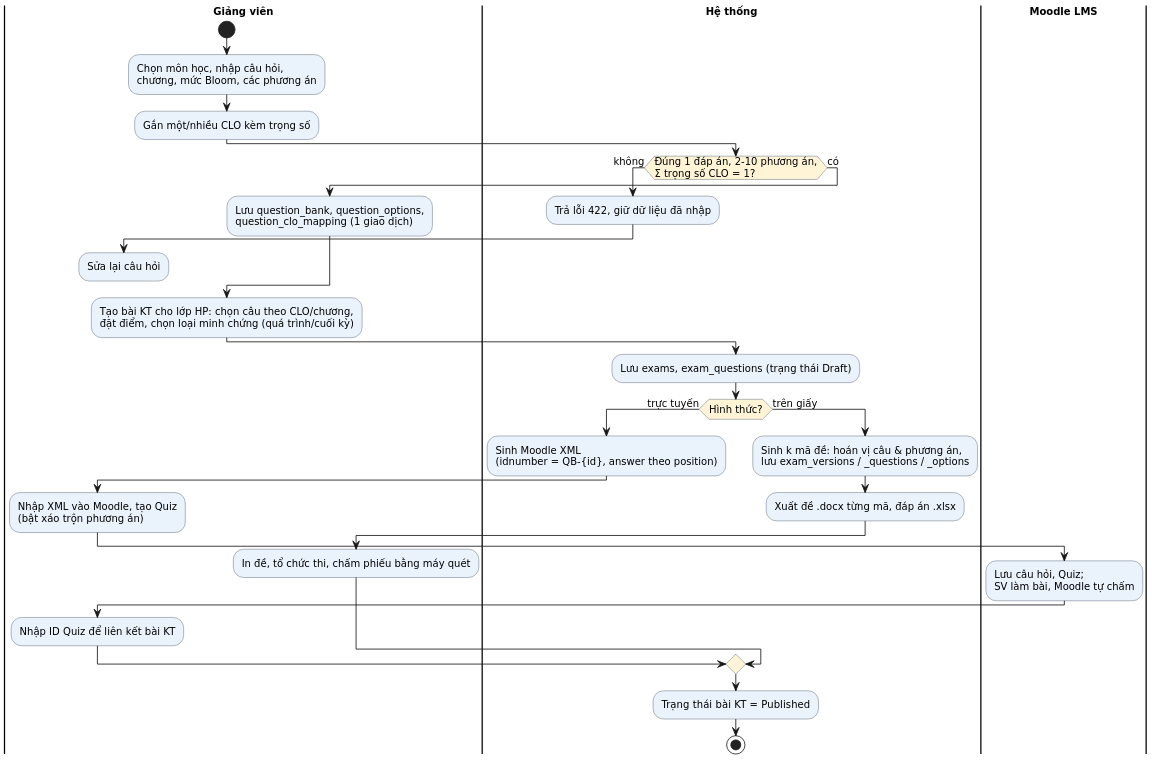
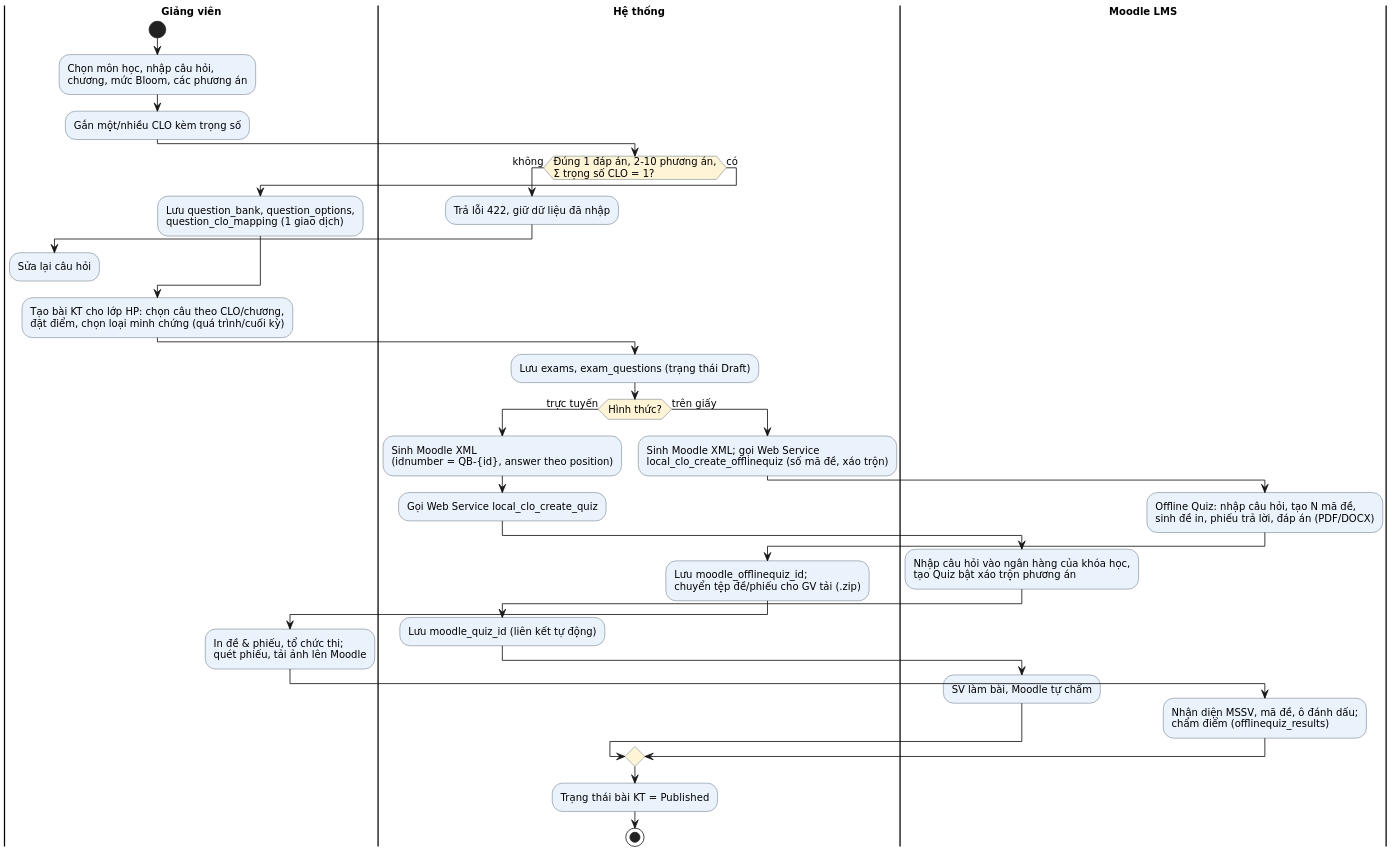
Before and after one commit to NguyenTanYen/TLCN: the diagram in docs/diagrams/act1.puml, drawn with PlantUML. The commit also changed 11698 other files, not shown here.

```diff
--- a/docs/diagrams/act1.puml
+++ b/docs/diagrams/act1.puml
@@ -1,45 +1,51 @@
 @startuml
 skinparam defaultFontName "DejaVu Sans"
 skinparam defaultFontSize 12
 skinparam dpi 160
 skinparam shadowing false
 skinparam ActivityBackgroundColor #EAF2FB
 skinparam ActivityBorderColor #445566
 skinparam ActivityDiamondBackgroundColor #FFF4D6
 skinparam SwimlaneTitleFontStyle bold
 |Giảng viên|
 start
 :Chọn môn học, nhập câu hỏi,\nchương, mức Bloom, các phương án;
 :Gắn một/nhiều CLO kèm trọng số;
 |Hệ thống|
 if (Đúng 1 đáp án, 2–10 phương án,\nΣ trọng số CLO = 1?) then (không)
   :Trả lỗi 422, giữ dữ liệu đã nhập;
   |Giảng viên|
   :Sửa lại câu hỏi;
   detach
 else (có)
   :Lưu question_bank, question_options,\nquestion_clo_mapping (1 giao dịch);
 endif
 |Giảng viên|
 :Tạo bài KT cho lớp HP: chọn câu theo CLO/chương,\nđặt điểm, chọn loại minh chứng (quá trình/cuối kỳ);
 |Hệ thống|
 :Lưu exams, exam_questions (trạng thái Draft);
 if (Hình thức?) then (trực tuyến)
   :Sinh Moodle XML\n(idnumber = QB-{id}, answer theo position);
-  |Giảng viên|
-  :Nhập XML vào Moodle, tạo Quiz\n(bật xáo trộn phương án);
+  :Gọi Web Service local_clo_create_quiz;
   |Moodle LMS|
-  :Lưu câu hỏi, Quiz;\nSV làm bài, Moodle tự chấm;
-  |Giảng viên|
-  :Nhập ID Quiz để liên kết bài KT;
+  :Nhập câu hỏi vào ngân hàng của khóa học,\ntạo Quiz bật xáo trộn phương án;
+  |Hệ thống|
+  :Lưu moodle_quiz_id (liên kết tự động);
+  |Moodle LMS|
+  :SV làm bài, Moodle tự chấm;
 else (trên giấy)
   |Hệ thống|
-  :Sinh k mã đề: hoán vị câu & phương án,\nlưu exam_versions / _questions / _options;
-  :Xuất đề .docx từng mã, đáp án .xlsx;
+  :Sinh Moodle XML; gọi Web Service\nlocal_clo_create_offlinequiz (số mã đề, xáo trộn);
+  |Moodle LMS|
+  :Offline Quiz: nhập câu hỏi, tạo N mã đề,\nsinh đề in, phiếu trả lời, đáp án (PDF/DOCX);
+  |Hệ thống|
+  :Lưu moodle_offlinequiz_id;\nchuyển tệp đề/phiếu cho GV tải (.zip);
   |Giảng viên|
-  :In đề, tổ chức thi, chấm phiếu bằng máy quét;
+  :In đề & phiếu, tổ chức thi;\nquét phiếu, tải ảnh lên Moodle;
+  |Moodle LMS|
+  :Nhận diện MSSV, mã đề, ô đánh dấu;\nchấm điểm (offlinequiz_results);
 endif
 |Hệ thống|
 :Trạng thái bài KT = Published;
 stop
 @enduml
```
